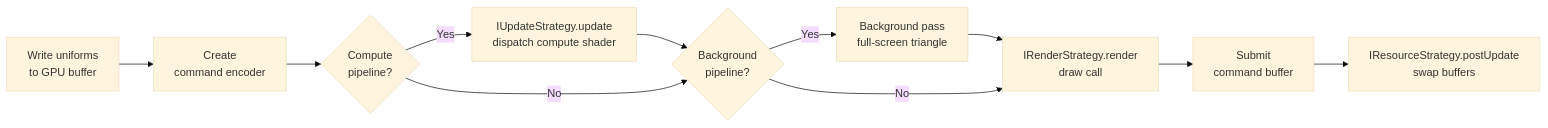
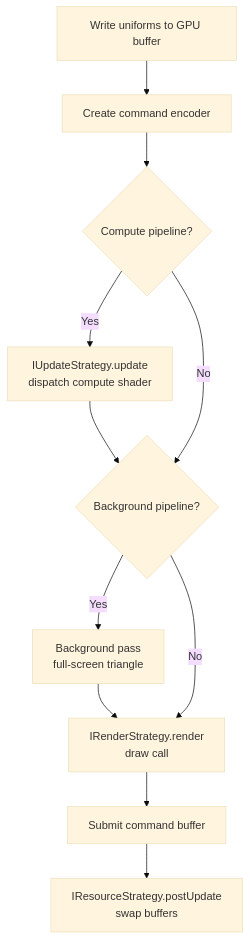
Before and after one commit to vgc12/webgpu-fiddle: the third of 4 diagrams in docs/guide/architecture.md, drawn with Mermaid (base theme). The commit also changed other lines of this file and 52 other files, not shown here.

````diff
--- a/docs/guide/architecture.md
+++ b/docs/guide/architecture.md
@@ -113,13 +122,13 @@
 ```mermaid
-flowchart LR
-    A[Write uniforms\nto GPU buffer] --> B[Create\ncommand encoder]
-    B --> C{Compute\npipeline?}
-    C -- Yes --> D[IUpdateStrategy.update\ndispatch compute shader]
-    D --> E{Background\npipeline?}
+flowchart TD
+    A[Write uniforms to GPU buffer] --> B[Create command encoder]
+    B --> C{Compute pipeline?}
+    C -- Yes --> D[IUpdateStrategy.update<br/>dispatch compute shader]
+    D --> E{Background pipeline?}
     C -- No --> E
-    E -- Yes --> F[Background pass\nfull-screen triangle]
-    F --> G[IRenderStrategy.render\ndraw call]
+    E -- Yes --> F[Background pass<br/>full-screen triangle]
+    F --> G[IRenderStrategy.render<br/>draw call]
     E -- No --> G
-    G --> H[Submit\ncommand buffer]
-    H --> I[IResourceStrategy.postUpdate\nswap buffers]
+    G --> H[Submit command buffer]
+    H --> I[IResourceStrategy.postUpdate<br/>swap buffers]
 ```
````
